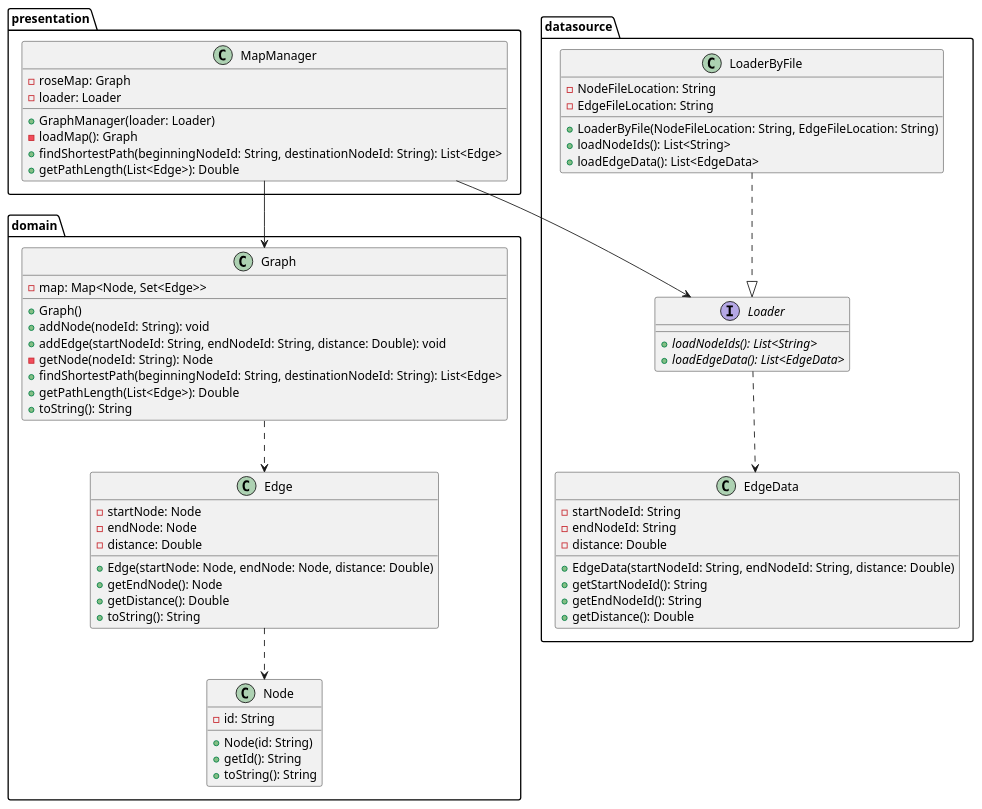
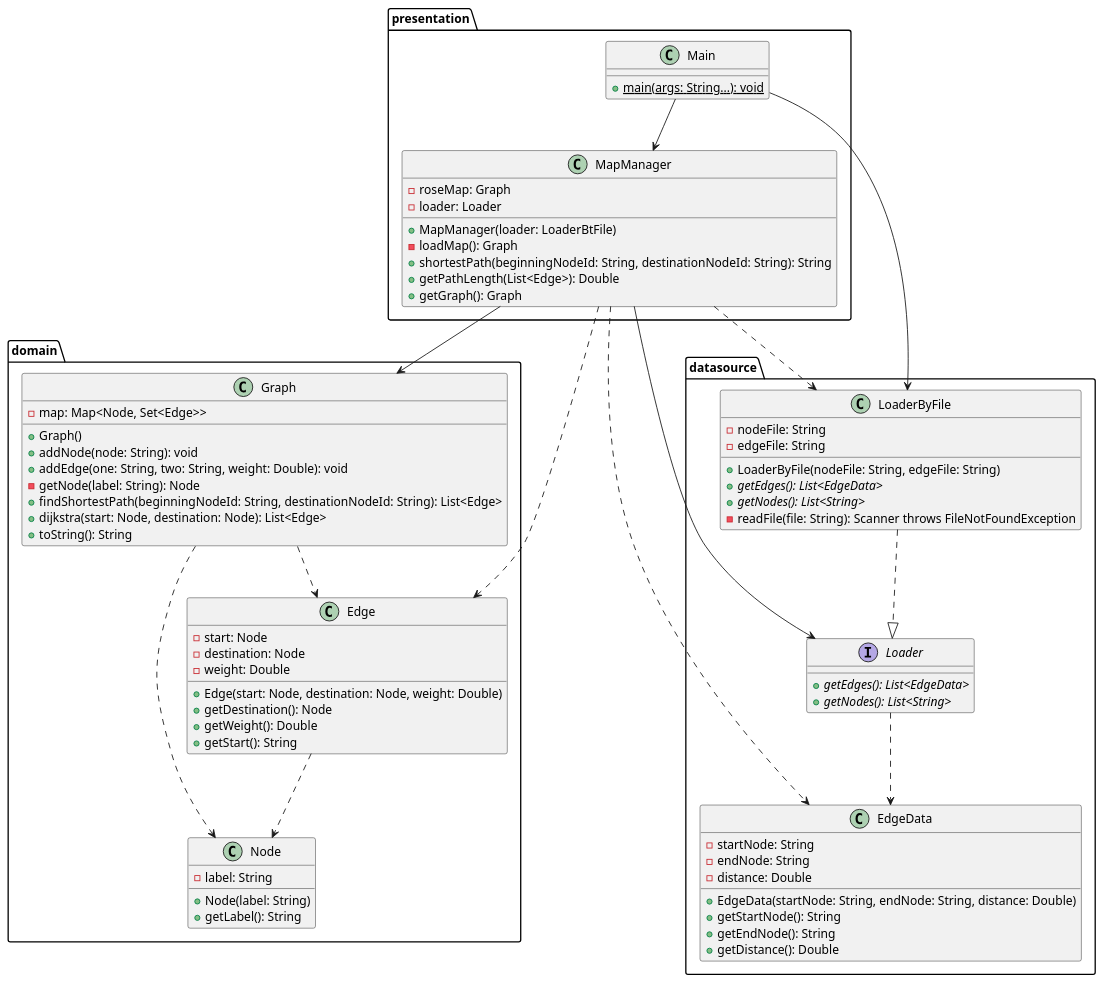
The diagram in design.puml (rhit-villencr/RoseMaps), drawn with PlantUML before and after one commit. The commit also changed 11 other files, not shown here.

```diff
--- a/design.puml
+++ b/design.puml
@@ -1,76 +1,89 @@
 @startuml roseMap
 package presentation {
+    class Main{
+        +{static} main(args: String...): void
+    }
     class MapManager {
         -roseMap: Graph
         -loader: Loader
-        +GraphManager(loader: Loader)
+        +MapManager(loader: LoaderBtFile)
         -loadMap(): Graph
-        +findShortestPath(beginningNodeId: String, destinationNodeId: String): List<Edge>
+        +shortestPath(beginningNodeId: String, destinationNodeId: String): String
         +getPathLength(List<Edge>): Double
+        +getGraph(): Graph
     }
 }
 
 package domain {
     class Graph {
         -map: Map<Node, Set<Edge>>
         +Graph()
-        +addNode(nodeId: String): void
-        +addEdge(startNodeId: String, endNodeId: String, distance: Double): void
-        -getNode(nodeId: String): Node
+        +addNode(node: String): void
+        +addEdge(one: String, two: String, weight: Double): void
+        -getNode(label: String): Node
         +findShortestPath(beginningNodeId: String, destinationNodeId: String): List<Edge>
-        +getPathLength(List<Edge>): Double
+        +dijkstra(start: Node, destination: Node): List<Edge>
         +toString(): String
     }
 
     class Node {
-        -id: String
-        +Node(id: String)
-        +getId(): String
-        +toString(): String
+        -label: String
+        +Node(label: String)
+        +getLabel(): String
     }
 
     class Edge {
-        -startNode: Node
-        -endNode: Node
-        -distance: Double
-        +Edge(startNode: Node, endNode: Node, distance: Double)
-        +getEndNode(): Node
-        +getDistance(): Double
-        +toString(): String
+        -start: Node
+        -destination: Node
+        -weight: Double
+        +Edge(start: Node, destination: Node, weight: Double)
+        +getDestination(): Node
+        +getWeight(): Double
+        +getStart(): String
     }
 
     Graph ..> Edge
+    Graph ..> Node
     Edge ..> Node
 }
 
 package datasource {
     interface Loader {
-        +{abstract}loadNodeIds(): List<String>
-        +{abstract}loadEdgeData(): List<EdgeData>
+        +{abstract}getEdges(): List<EdgeData>
+        +{abstract}getNodes(): List<String>
     }
 
     class LoaderByFile {
-        -NodeFileLocation: String
-        -EdgeFileLocation: String
-        +LoaderByFile(NodeFileLocation: String, EdgeFileLocation: String)
-        +loadNodeIds(): List<String>
-        +loadEdgeData(): List<EdgeData>
+        -nodeFile: String
+        -edgeFile: String
+        +LoaderByFile(nodeFile: String, edgeFile: String)
+        +{abstract}getEdges(): List<EdgeData>
+        +{abstract}getNodes(): List<String>
+        - readFile(file: String): Scanner throws FileNotFoundException
     }
 
     class EdgeData {
-        -startNodeId: String
-        -endNodeId: String
+        -startNode: String
+        -endNode: String
         -distance: Double
-        +EdgeData(startNodeId: String, endNodeId: String, distance: Double)
-        +getStartNodeId(): String
-        +getEndNodeId(): String
+        +EdgeData(startNode: String, endNode: String, distance: Double)
+        +getStartNode(): String
+        +getEndNode(): String
         +getDistance(): Double
     }
 
     LoaderByFile ..|> Loader
     Loader ..> EdgeData
 }
 
+Main --> LoaderByFile
+Main --> MapManager
+
 MapManager --> Graph
 MapManager --> Loader
+MapManager ..> LoaderByFile
+MapManager ..> EdgeData
+MapManager ..> Edge
+
+
 @enduml
```
